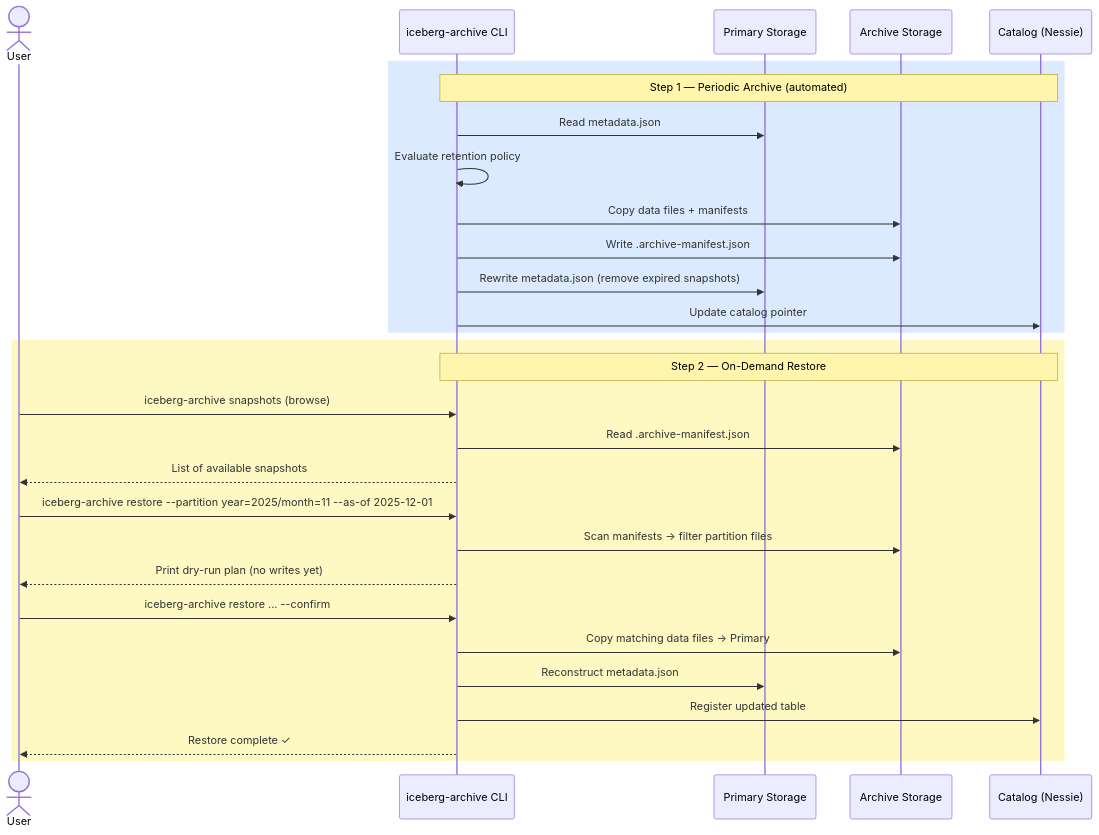
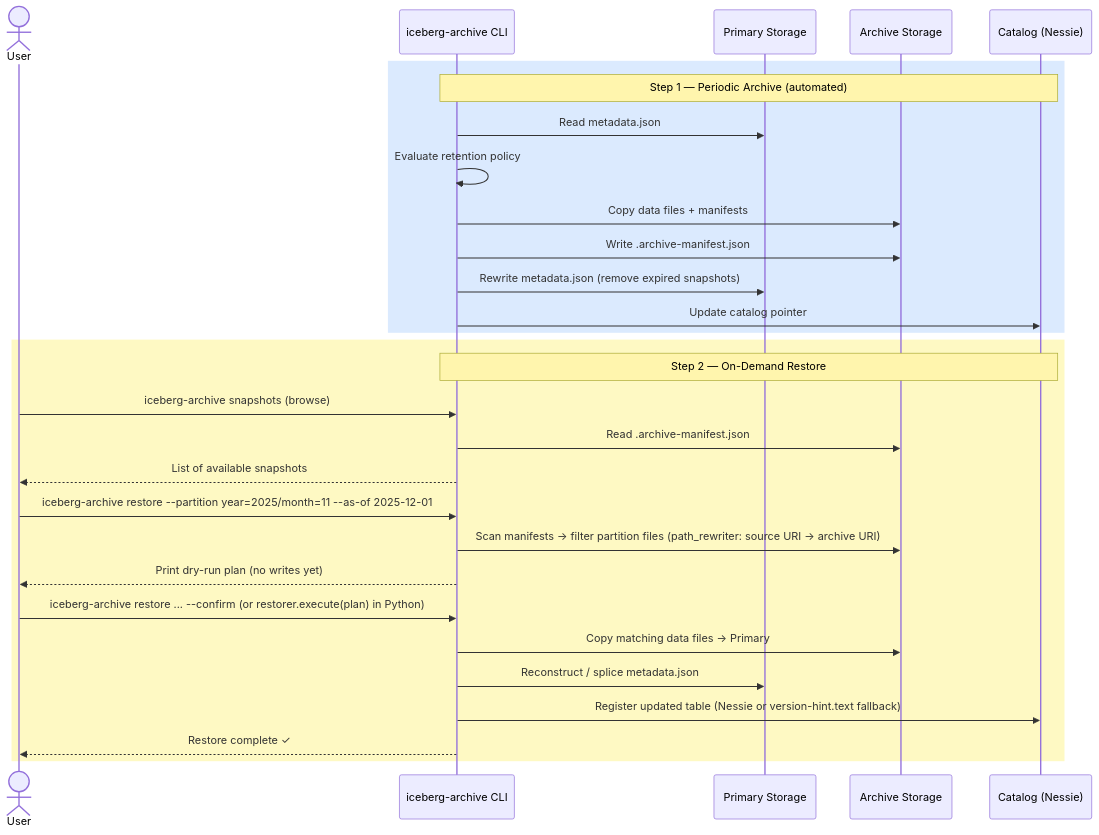
Before and after one commit to techbitsvsk/catalog_sync: the second of 4 diagrams in docs/archive.md, drawn with Mermaid. The commit also changed other lines of this file and 12 other files, not shown here.

````diff
--- a/docs/archive.md
+++ b/docs/archive.md
@@ -65,35 +65,35 @@
 ```mermaid
 sequenceDiagram
     actor User
     participant CLI  as iceberg-archive CLI
     participant PRI  as Primary Storage
     participant COLD as Archive Storage
     participant CAT  as Catalog (Nessie)
 
     rect rgb(219,234,254)
         Note over CLI,CAT: Step 1 — Periodic Archive (automated)
         CLI->>PRI:  Read metadata.json
         CLI->>CLI:  Evaluate retention policy
         CLI->>COLD: Copy data files + manifests
         CLI->>COLD: Write .archive-manifest.json
         CLI->>PRI:  Rewrite metadata.json (remove expired snapshots)
         CLI->>CAT:  Update catalog pointer
     end
 
     rect rgb(254,249,195)
         Note over CLI,CAT: Step 2 — On-Demand Restore
         User->>CLI:  iceberg-archive snapshots (browse)
         CLI->>COLD: Read .archive-manifest.json
         CLI-->>User: List of available snapshots
 
         User->>CLI:  iceberg-archive restore --partition year=2025/month=11 --as-of 2025-12-01
-        CLI->>COLD: Scan manifests → filter partition files
+        CLI->>COLD: Scan manifests → filter partition files (path_rewriter: source URI → archive URI)
         CLI-->>User: Print dry-run plan (no writes yet)
 
-        User->>CLI:  iceberg-archive restore ... --confirm
+        User->>CLI:  iceberg-archive restore ... --confirm (or restorer.execute(plan) in Python)
         CLI->>COLD: Copy matching data files → Primary
-        CLI->>PRI:  Reconstruct metadata.json
-        CLI->>CAT:  Register updated table
+        CLI->>PRI:  Reconstruct / splice metadata.json
+        CLI->>CAT:  Register updated table (Nessie or version-hint.text fallback)
         CLI-->>User: Restore complete ✓
     end
 ```
````
